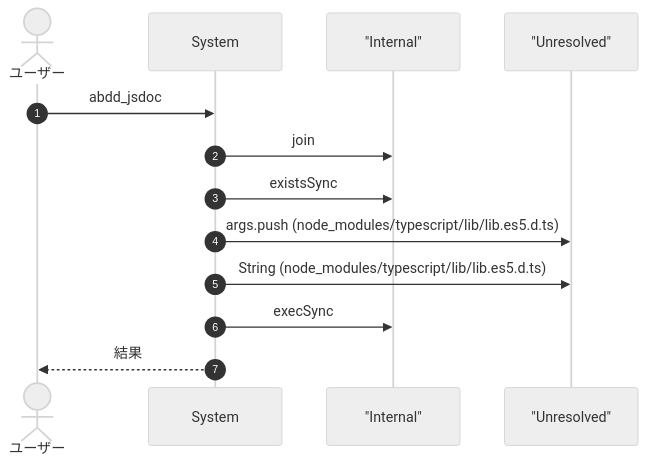
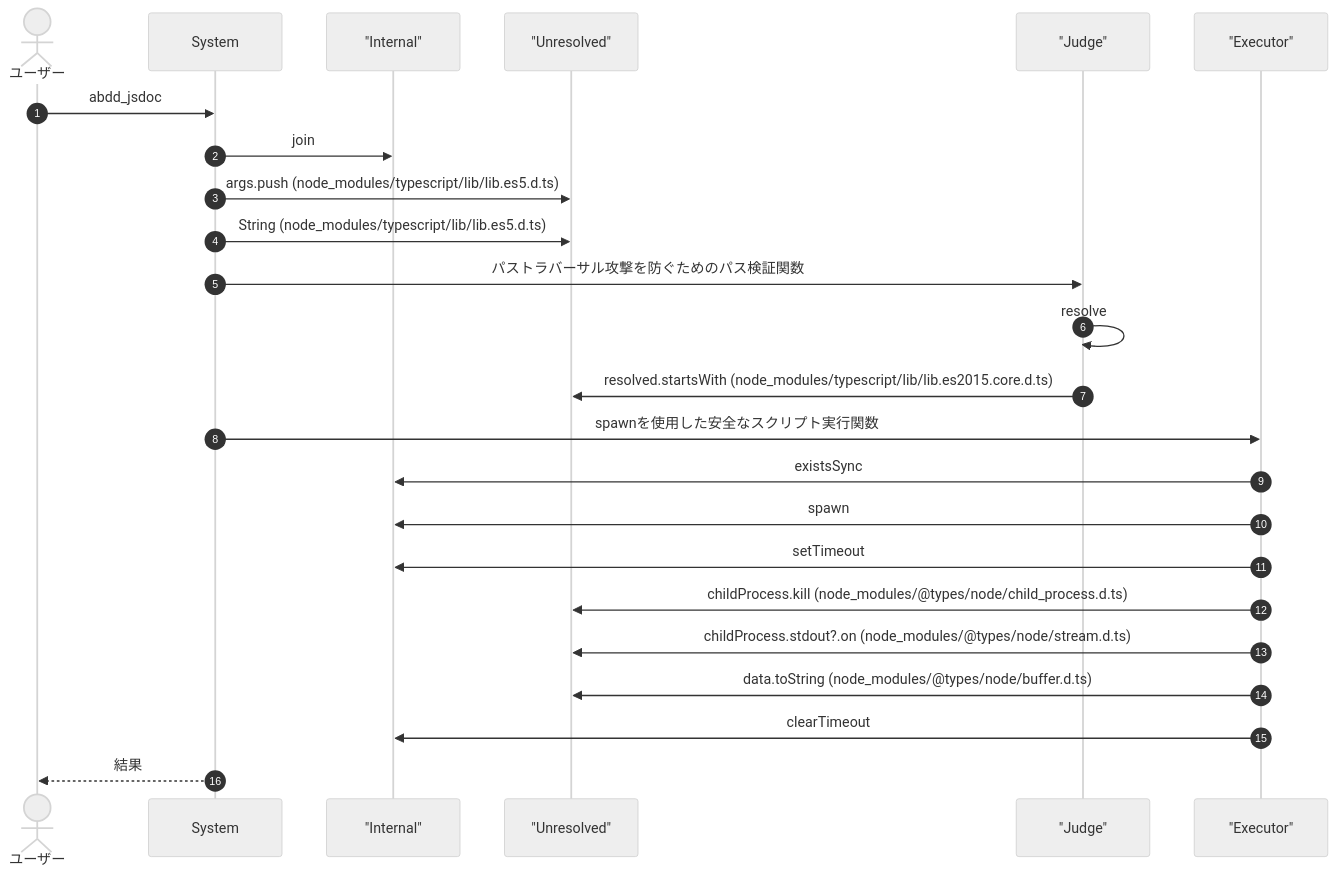
Before and after one commit to Mekann2904/mekann: the second of 7 diagrams in ABDD/.pi/extensions/abdd.md, drawn with Mermaid (neutral theme). The commit also changed other lines of this file and 160 other files, not shown here.

````diff
--- a/ABDD/.pi/extensions/abdd.md
+++ b/ABDD/.pi/extensions/abdd.md
@@ -61,17 +68,28 @@
 ```mermaid
 sequenceDiagram
   autonumber
   actor User as ユーザー
   participant System as System
   participant Internal as "Internal"
   participant Unresolved as "Unresolved"
+  participant Judge as "Judge"
+  participant Executor as "Executor"
 
   User->>System: abdd_jsdoc
   System->>Internal: join
-  System->>Internal: existsSync
   System->>Unresolved: args.push (node_modules/typescript/lib/lib.es5.d.ts)
   System->>Unresolved: String (node_modules/typescript/lib/lib.es5.d.ts)
-  System->>Internal: execSync
+  System->>Judge: パストラバーサル攻撃を防ぐためのパス検証関数
+  Judge->>Judge: resolve
+  Judge->>Unresolved: resolved.startsWith (node_modules/typescript/lib/lib.es2015.core.d.ts)
+  System->>Executor: spawnを使用した安全なスクリプト実行関数
+  Executor->>Internal: existsSync
+  Executor->>Internal: spawn
+  Executor->>Internal: setTimeout
+  Executor->>Unresolved: childProcess.kill (node_modules/@types/node/child_process.d.ts)
+  Executor->>Unresolved: childProcess.stdout?.on (node_modules/@types/node/stream.d.ts)
+  Executor->>Unresolved: data.toString (node_modules/@types/node/buffer.d.ts)
+  Executor->>Internal: clearTimeout
   System-->>User: 結果
 
 ```
````
